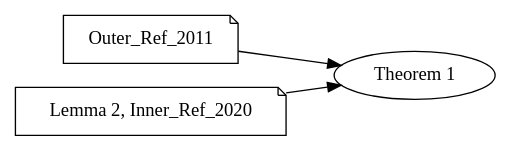
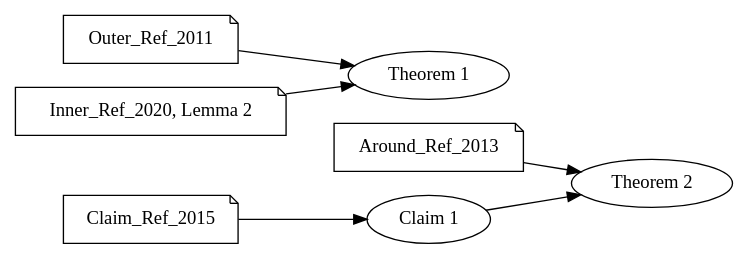
Before and after one commit to PierreSenellart/proofgraph: the diagram in examples/nestedproof/reference.dot, drawn with Graphviz. The commit also changed 15 other files, not shown here.

```diff
--- a/examples/nestedproof/reference.dot
+++ b/examples/nestedproof/reference.dot
@@ -1,8 +1,15 @@
 digraph proofgraph {
   rankdir="LR";
+  "n3" [label="Claim 1"];
+  "n2" [label="Theorem 2"];
   "n1" [label="Theorem 1"];
   "c@1" [label="Outer_Ref_2011",shape=note];
   "c@1" -> "n1";
-  "c@2" [label="Lemma 2, Inner_Ref_2020",shape=note];
+  "c@2" [label="Inner_Ref_2020, Lemma 2",shape=note];
   "c@2" -> "n1";
+  "c@3" [label="Around_Ref_2013",shape=note];
+  "c@3" -> "n2";
+  "n3" -> "n2";
+  "c@4" [label="Claim_Ref_2015",shape=note];
+  "c@4" -> "n3";
 }
```
